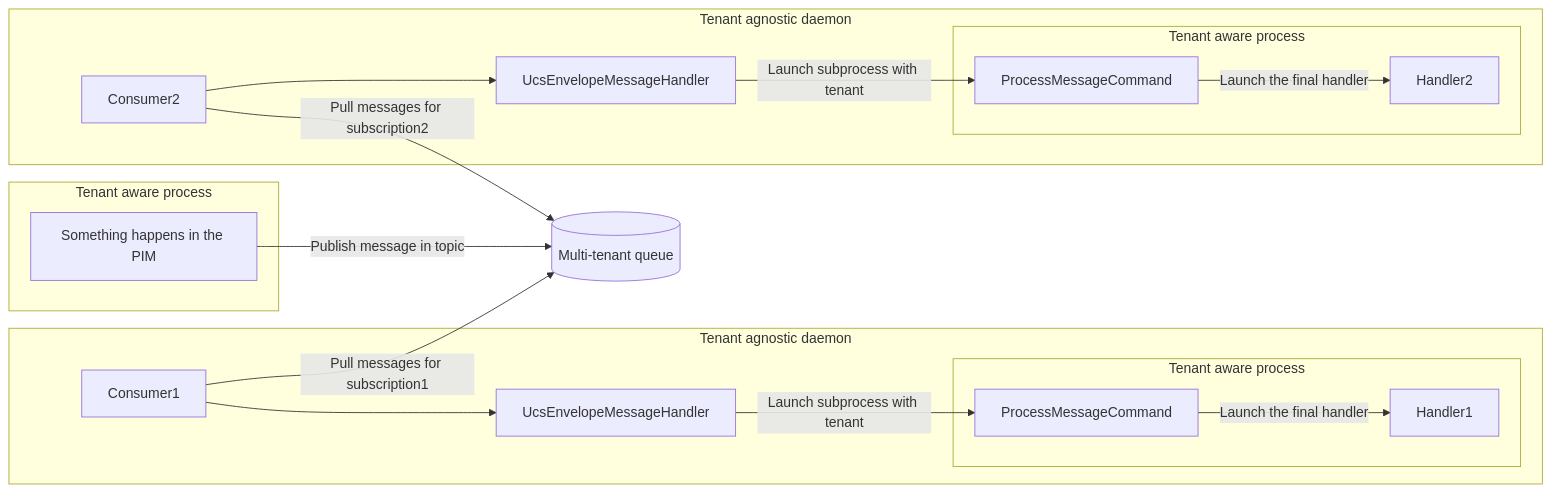
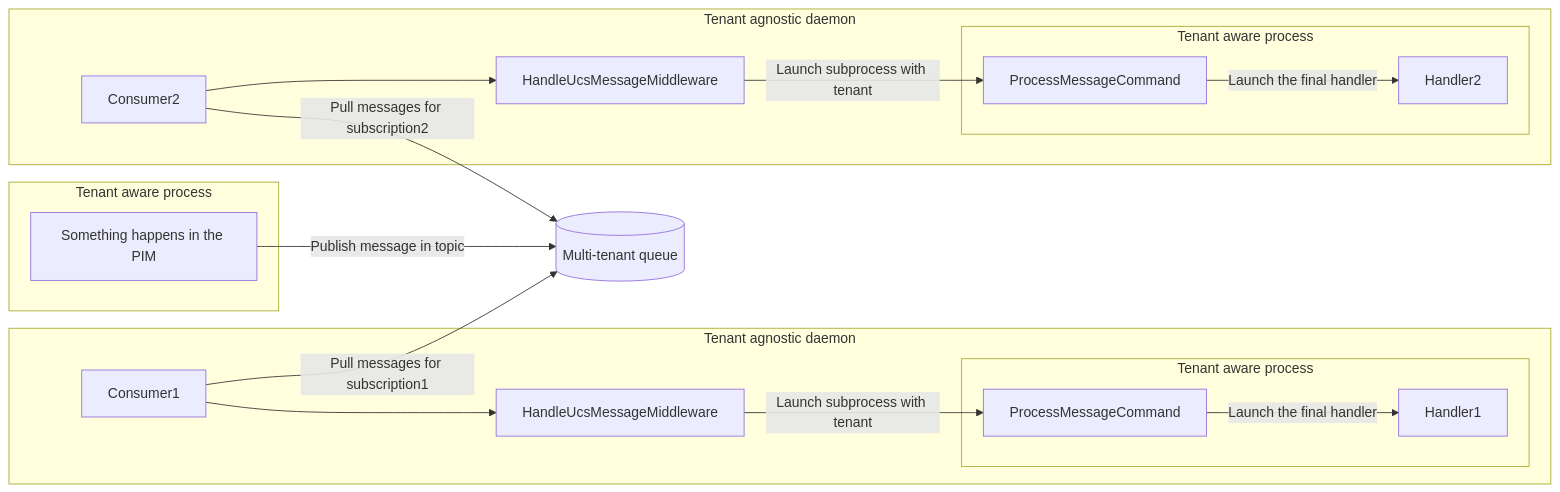
One commit to akeneo/pim-community-dev changed the diagram in src/Akeneo/Tool/Bundle/MessengerBundle/README.md. Above: the diagram before and after it, drawn with Mermaid. The commit also changed other lines of this file, not shown here.

Commit message:
JEL-340: update Readme for UCS message handle refactor

````diff
--- a/src/Akeneo/Tool/Bundle/MessengerBundle/README.md
+++ b/src/Akeneo/Tool/Bundle/MessengerBundle/README.md
@@ -120,23 +120,23 @@
 ```mermaid
 flowchart LR
     subgraph Tenant aware process
         action[Something happens in the PIM]
     end
     action -- Publish message in topic --> queue[(Multi-tenant queue)]
     Consumer1 -- Pull messages for subscription1 --> queue
     subgraph Tenant agnostic daemon
-        Consumer1 --> traceableHandler1[UcsEnvelopeMessageHandler]
-        traceableHandler1 -- Launch subprocess with tenant --> pmc1[ProcessMessageCommand]
+        Consumer1 --> Middleware1[HandleUcsMessageMiddleware]
+        Middleware1 -- Launch subprocess with tenant --> pmc1[ProcessMessageCommand]
         subgraph Tenant aware process
             pmc1 -- Launch the final handler --> Handler1
         end
     end
     Consumer2 -- Pull messages for subscription2 --> queue
     subgraph Tenant agnostic daemon
-        Consumer2 --> traceableHandler2[UcsEnvelopeMessageHandler]
-        traceableHandler2 -- Launch subprocess with tenant --> pmc2[ProcessMessageCommand]
+        Consumer2 --> Middleware2[HandleUcsMessageMiddleware]
+        Middleware2 -- Launch subprocess with tenant --> pmc2[ProcessMessageCommand]
         subgraph Tenant aware process
             pmc2 -- Launch the final handler --> Handler2
         end
     end
 ```
````
